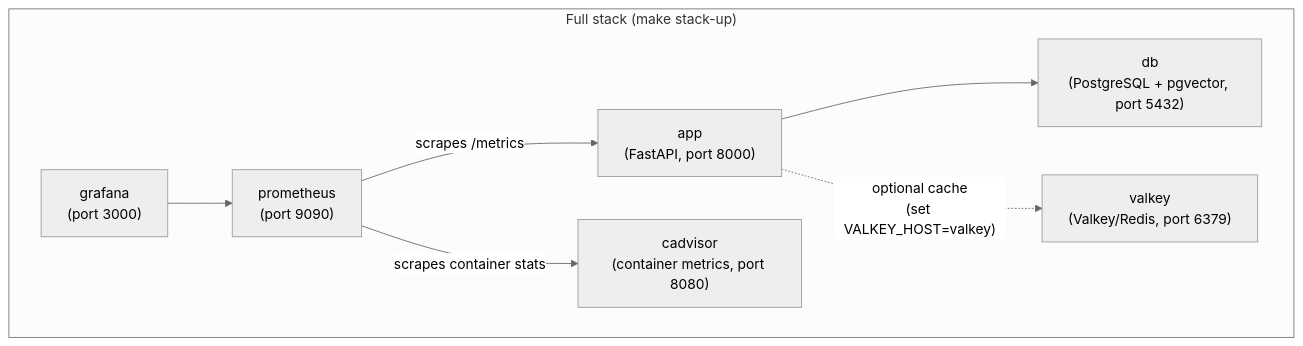
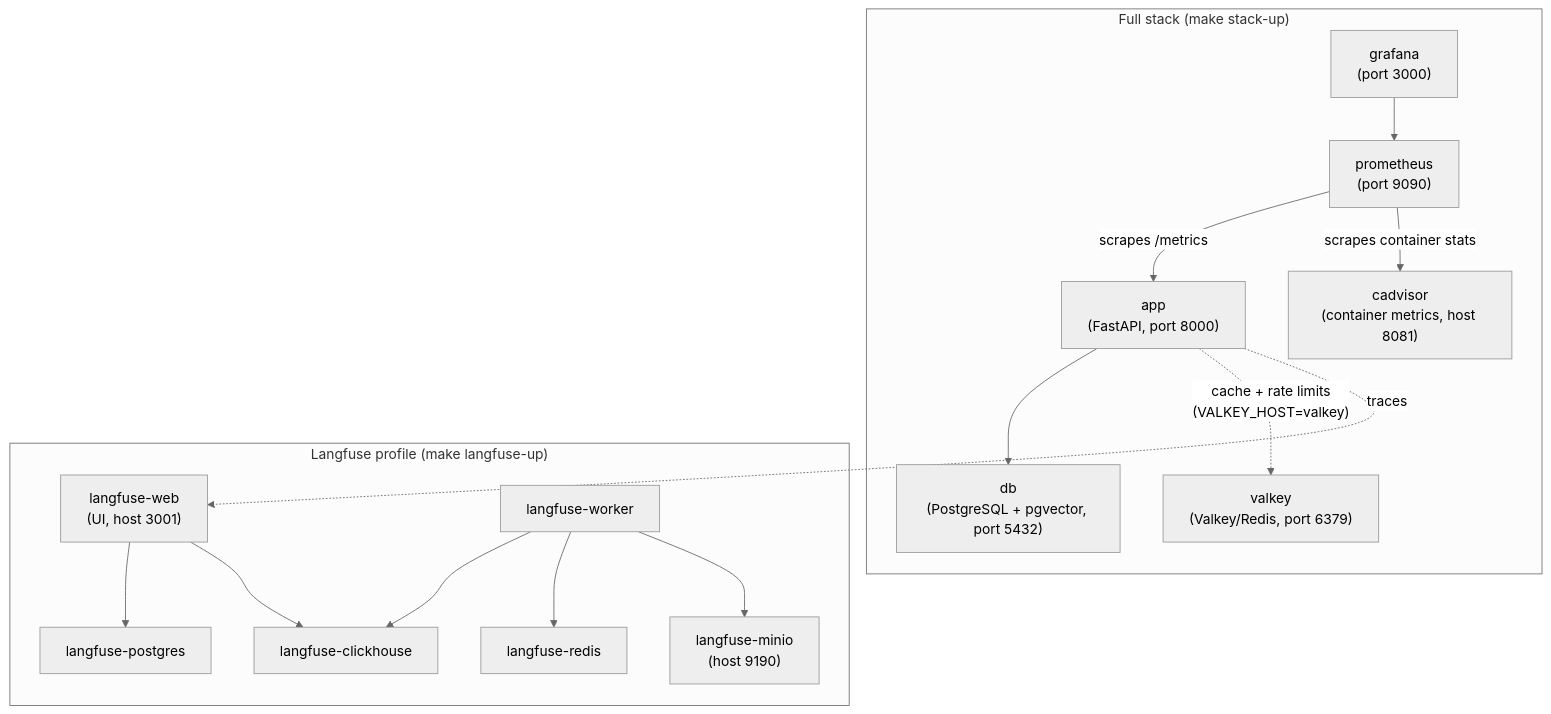
One commit to anurg/fastapi-langgraph-agent-production-ready-template changed the diagram in docs/docker.md. Above: the diagram before and after it, drawn with Mermaid (neutral theme). The commit also changed other lines of this file and 4 other files, not shown here.

First line of the commit message:
docs: document Valkey caching and self-hosted Langfuse

````diff
--- a/docs/docker.md
+++ b/docs/docker.md
@@ -5,17 +5,32 @@
 ```mermaid
 graph TB
     subgraph stack["Full stack (make stack-up)"]
         app["app\n(FastAPI, port 8000)"]
         db["db\n(PostgreSQL + pgvector, port 5432)"]
         valkey["valkey\n(Valkey/Redis, port 6379)"]
         prometheus["prometheus\n(port 9090)"]
         grafana["grafana\n(port 3000)"]
-        cadvisor["cadvisor\n(container metrics, port 8080)"]
+        cadvisor["cadvisor\n(container metrics, host 8081)"]
+    end
+
+    subgraph lf["Langfuse profile (make langfuse-up)"]
+        lfweb["langfuse-web\n(UI, host 3001)"]
+        lfworker["langfuse-worker"]
+        lfch["langfuse-clickhouse"]
+        lfminio["langfuse-minio\n(host 9190)"]
+        lfredis["langfuse-redis"]
+        lfpg["langfuse-postgres"]
     end
 
     app --> db
-    app -.->|"optional cache\n(set VALKEY_HOST=valkey)"| valkey
+    app -.->|"cache + rate limits\n(VALKEY_HOST=valkey)"| valkey
+    app -.->|"traces"| lfweb
     prometheus -->|"scrapes /metrics"| app
     prometheus -->|"scrapes container stats"| cadvisor
     grafana --> prometheus
+    lfweb --> lfpg
+    lfweb --> lfch
+    lfworker --> lfch
+    lfworker --> lfredis
+    lfworker --> lfminio
 ```
````
